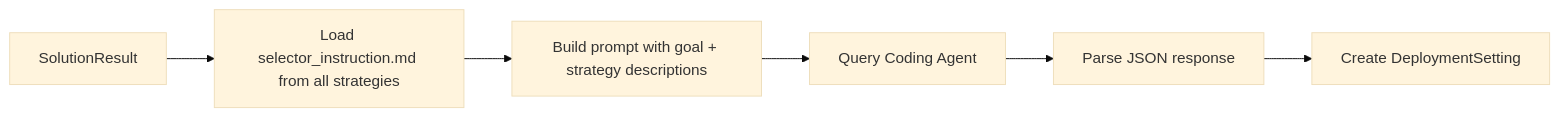
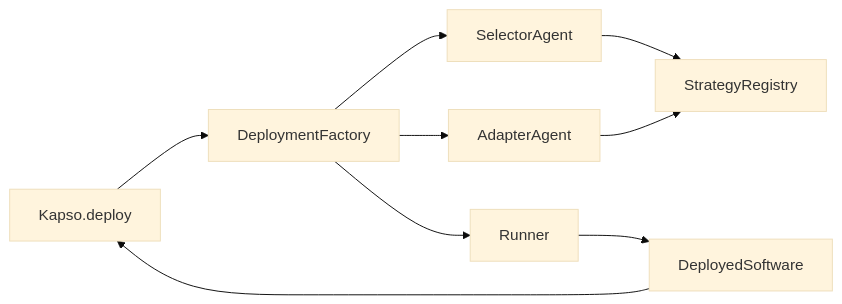
One commit to Leeroo-AI/kapso changed the diagram in docs/deployment/architecture.mdx. Above: the diagram before and after it, drawn with Mermaid (base theme). The commit also changed other lines of this file and 8 other files, not shown here.

````diff
--- a/docs/deployment/architecture.mdx
+++ b/docs/deployment/architecture.mdx
@@ -136,8 +10,11 @@
 ```mermaid
 flowchart LR
-    A[SolutionResult] --> B[Load selector_instruction.md from all strategies]
-    B --> C[Build prompt with goal + strategy descriptions]
-    C --> D[Query Coding Agent]
-    D --> E[Parse JSON response]
-    E --> F[Create DeploymentSetting]
+    K[Kapso.deploy] --> F[DeploymentFactory]
+    F --> SEL[SelectorAgent]
+    F --> ADP[AdapterAgent]
+    SEL --> REG[StrategyRegistry]
+    ADP --> REG
+    F --> RUN[Runner]
+    RUN --> SW[DeployedSoftware]
+    SW --> K
 ```
````
